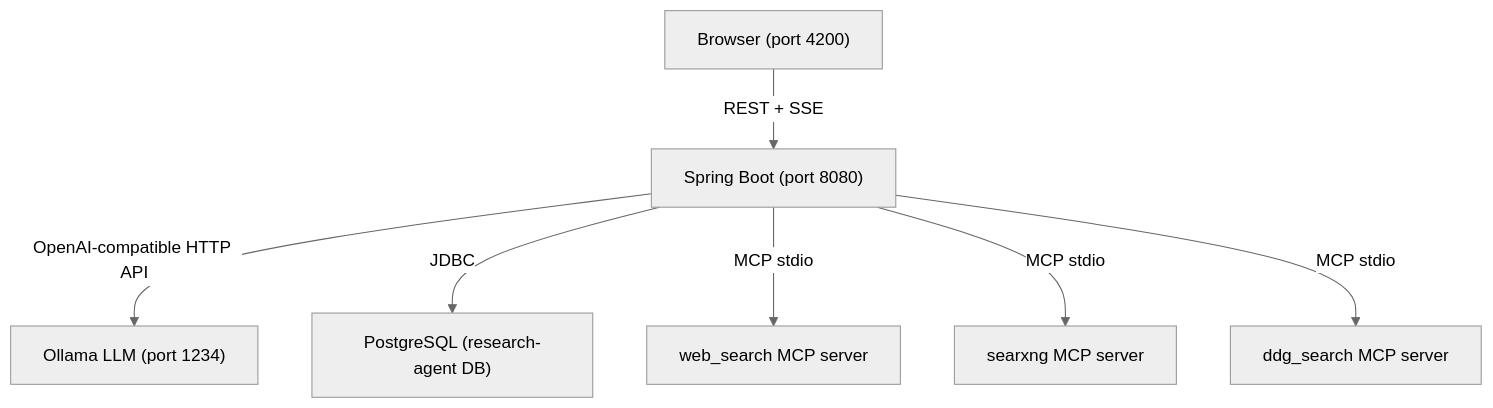
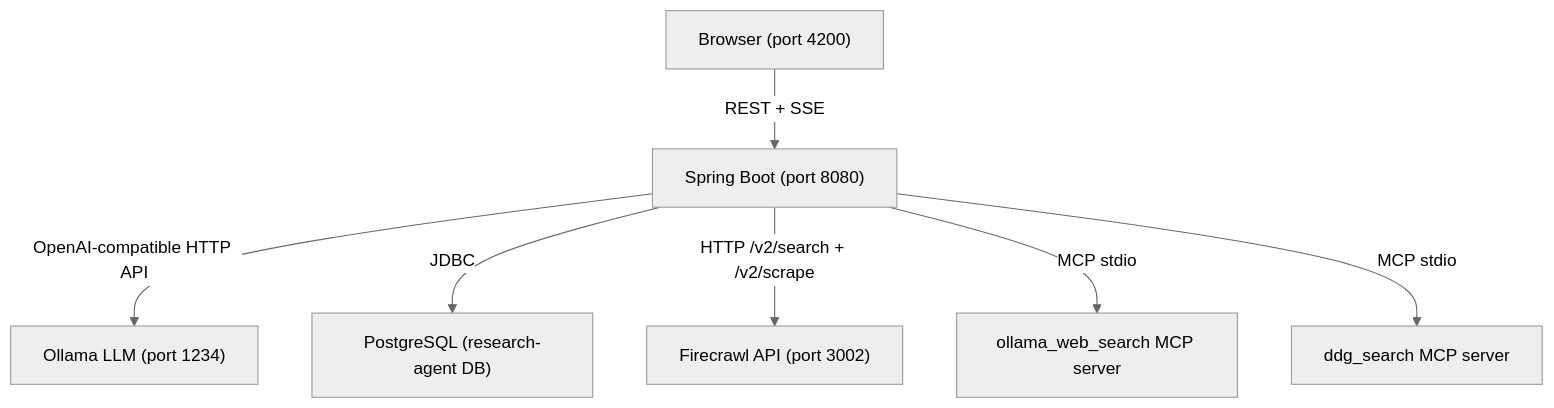
Before and after one commit to abhi-singh7/spring-ai-research-agent: the diagram in README.md, drawn with Mermaid (neutral theme). The commit also changed other lines of this file and 18 other files, not shown here.

First line of the commit message:
Replace SearXNG with self-hosted Firecrawl as preferred search backend

````diff
--- a/README.md
+++ b/README.md
@@ -84,9 +84,9 @@
 ```mermaid
 graph TD
     User["Browser (port 4200)"] -->|"REST + SSE"| Backend["Spring Boot (port 8080)"]
     Backend -->|"OpenAI-compatible HTTP API"| Ollama["Ollama LLM (port 1234)"]
     Backend -->|"JDBC"| Postgres["PostgreSQL (research-agent DB)"]
-    Backend -->|"MCP stdio"| WebSearch["web_search MCP server"]
-    Backend -->|"MCP stdio"| SearXNG["searxng MCP server"]
+    Backend -->|"HTTP /v2/search + /v2/scrape"| Firecrawl["Firecrawl API (port 3002)"]
+    Backend -->|"MCP stdio"| WebSearch["ollama_web_search MCP server"]
     Backend -->|"MCP stdio"| DDG["ddg_search MCP server"]
 ```
````
